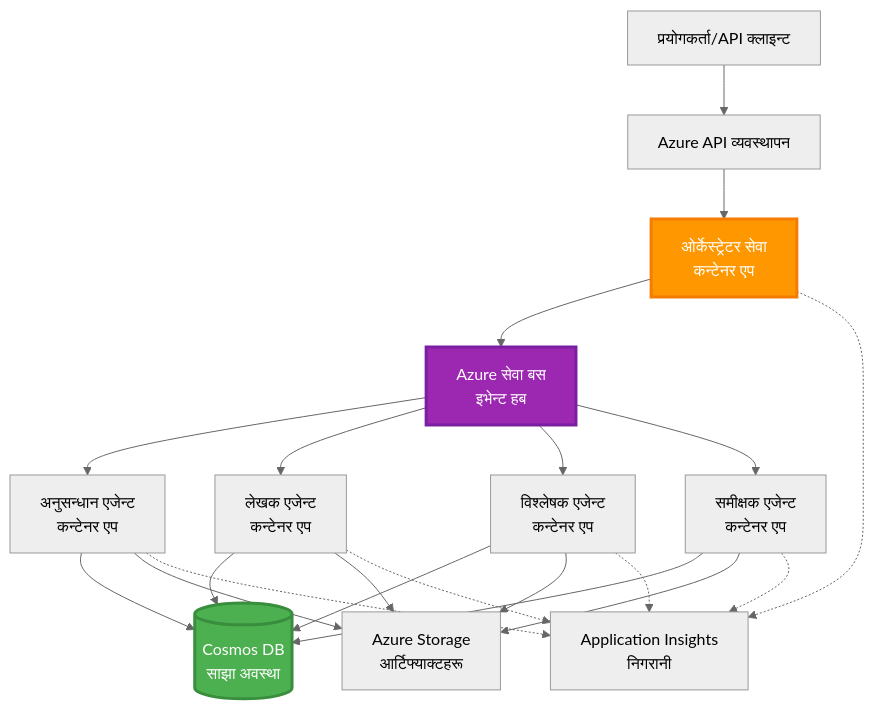
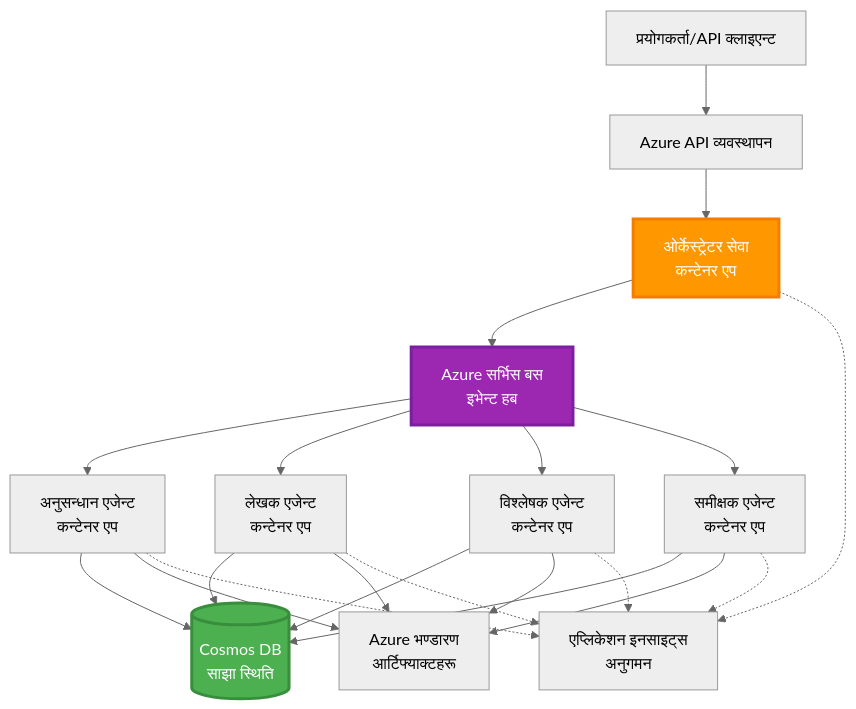
Before and after one commit to microsoft/AZD-for-beginners: the sixth of 6 diagrams in translations/ne/docs/chapter-06-pre-deployment/coordination-patterns.md, drawn with Mermaid (neutral theme). The commit also changed other lines of this file and 101 other files, not shown here.

````diff
--- a/translations/ne/docs/chapter-06-pre-deployment/coordination-patterns.md
+++ b/translations/ne/docs/chapter-06-pre-deployment/coordination-patterns.md
@@ -271,45 +265,45 @@
 ```mermaid
 graph TB
-    User[प्रयोगकर्ता/API क्लाइन्ट]
+    User[प्रयोगकर्ता/API क्लाइएन्ट]
     APIM[Azure API व्यवस्थापन]
     Orchestrator[ओर्केस्ट्रेटर सेवा<br/>कन्टेनर एप]
-    ServiceBus[Azure सेवा बस<br/>इभेन्ट हब]
+    ServiceBus[Azure सर्भिस बस<br/>इभेन्ट हब]
     
     Agent1[अनुसन्धान एजेन्ट<br/>कन्टेनर एप]
     Agent2[लेखक एजेन्ट<br/>कन्टेनर एप]
     Agent3[विश्लेषक एजेन्ट<br/>कन्टेनर एप]
     Agent4[समीक्षक एजेन्ट<br/>कन्टेनर एप]
     
-    CosmosDB[(Cosmos DB<br/>साझा अवस्था)]
-    Storage[Azure Storage<br/>आर्टिफ्याक्टहरू]
-    AppInsights[Application Insights<br/>निगरानी]
+    CosmosDB[(Cosmos DB<br/>साझा स्थिति)]
+    Storage[Azure भण्डारण<br/>आर्टिफ्याक्टहरू]
+    AppInsights[एप्लिकेशन इनसाइट्स<br/>अनुगमन]
     
     User --> APIM
     APIM --> Orchestrator
     
     Orchestrator --> ServiceBus
     ServiceBus --> Agent1
     ServiceBus --> Agent2
     ServiceBus --> Agent3
     ServiceBus --> Agent4
     
     Agent1 --> CosmosDB
     Agent2 --> CosmosDB
     Agent3 --> CosmosDB
     Agent4 --> CosmosDB
     
     Agent1 --> Storage
     Agent2 --> Storage
     Agent3 --> Storage
     Agent4 --> Storage
     
     Orchestrator -.-> AppInsights
     Agent1 -.-> AppInsights
     Agent2 -.-> AppInsights
     Agent3 -.-> AppInsights
     Agent4 -.-> AppInsights
     
     style Orchestrator fill:#FF9800,stroke:#F57C00,stroke-width:3px,color:#fff
     style ServiceBus fill:#9C27B0,stroke:#7B1FA2,stroke-width:3px,color:#fff
     style CosmosDB fill:#4CAF50,stroke:#388E3C,stroke-width:3px,color:#fff
 ```
````
